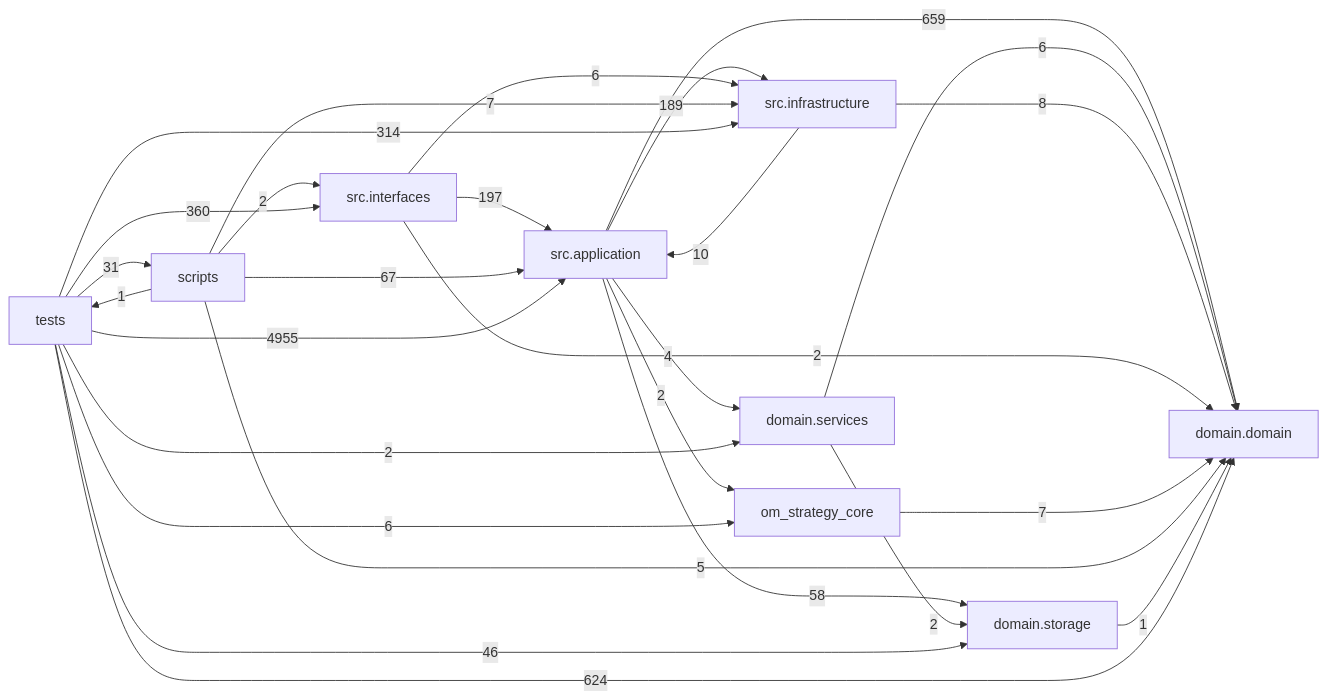
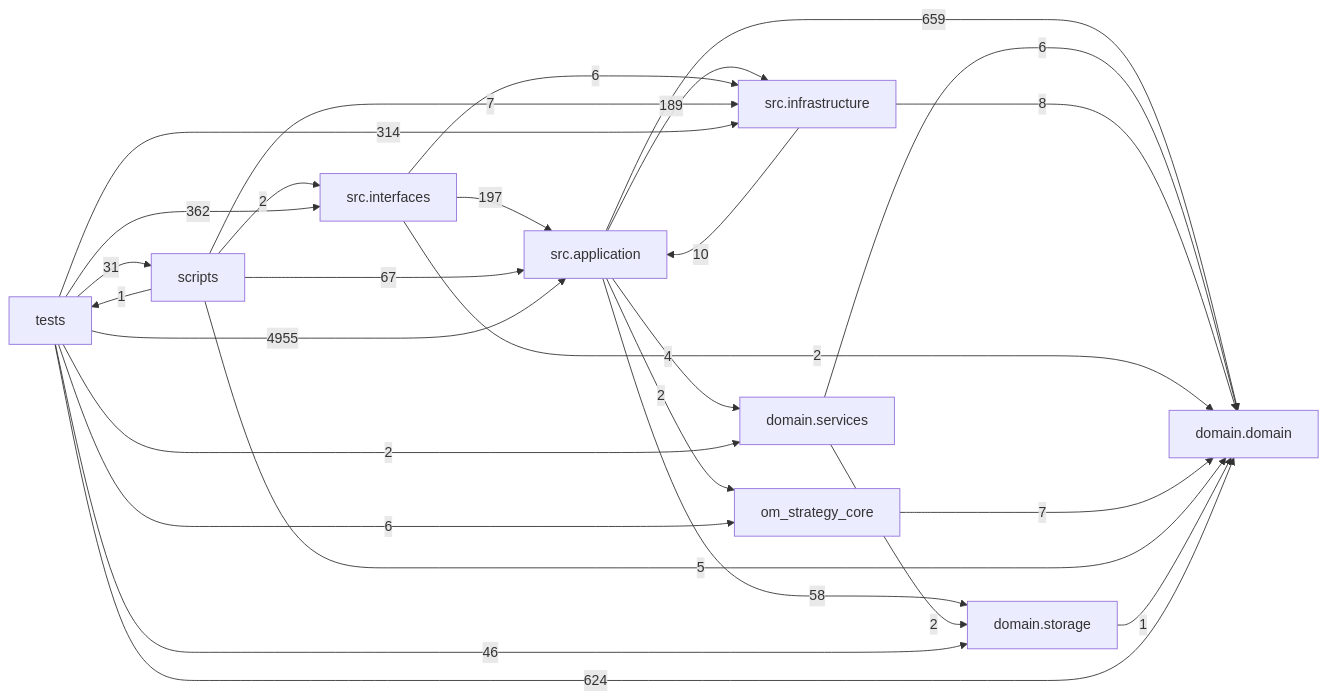
Before and after one commit to liuxie066/options-monitor: the diagram in docs/DEPENDENCY_GRAPH.md, drawn with Mermaid. The commit also changed other lines of this file and 4 other files, not shown here.

````diff
--- a/docs/DEPENDENCY_GRAPH.md
+++ b/docs/DEPENDENCY_GRAPH.md
@@ -24,38 +24,38 @@
 ```mermaid
 flowchart LR
   tests["tests"]
   scripts["scripts"]
   interfaces["src.interfaces"]
   application["src.application"]
   infrastructure["src.infrastructure"]
   domain_services["domain.services"]
   domain["domain.domain"]
   storage["domain.storage"]
   application -->|659| domain
   application -->|4| domain_services
   application -->|189| infrastructure
   application -->|2| om_strategy_core
   application -->|58| storage
   domain_services -->|6| domain
   domain_services -->|2| storage
   infrastructure -->|10| application
   infrastructure -->|8| domain
   interfaces -->|197| application
   interfaces -->|2| domain
   interfaces -->|6| infrastructure
   om_strategy_core -->|7| domain
   scripts -->|67| application
   scripts -->|5| domain
   scripts -->|7| infrastructure
   scripts -->|2| interfaces
   scripts -->|1| tests
   storage -->|1| domain
   tests -->|4955| application
   tests -->|624| domain
   tests -->|2| domain_services
   tests -->|314| infrastructure
-  tests -->|360| interfaces
+  tests -->|362| interfaces
   tests -->|6| om_strategy_core
   tests -->|31| scripts
   tests -->|46| storage
 ```
````
